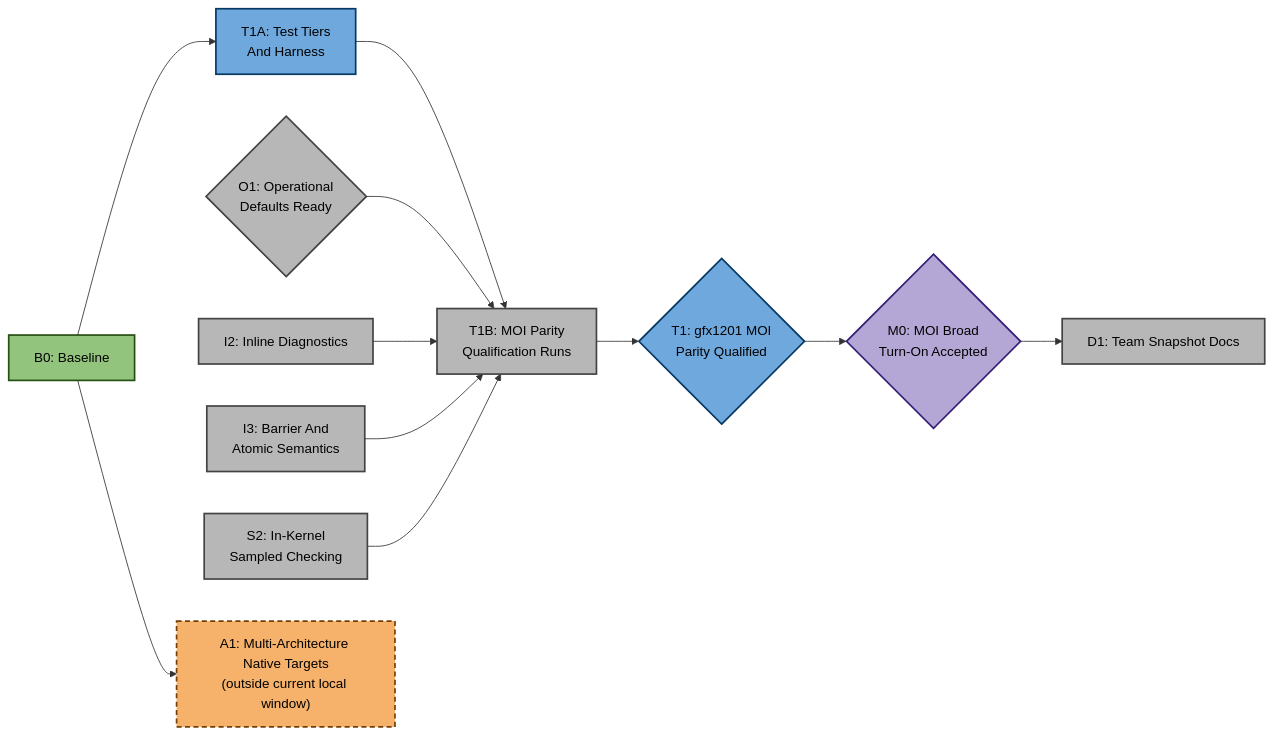
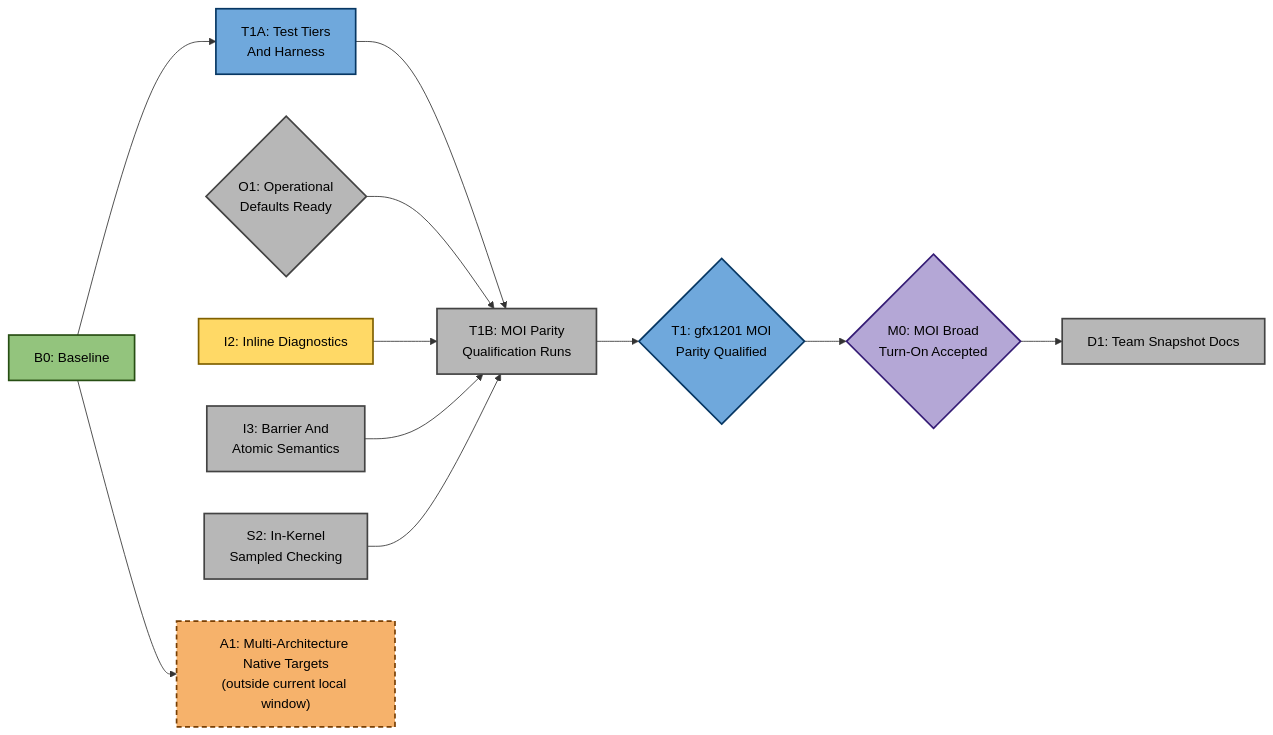
The third of 4 diagrams in emulation/rocjitsu/docs/consan/PLAN.md (ROCm/rocm-systems), drawn with Mermaid before and after one commit. The commit also changed other lines of this file and 10 other files, not shown here.

````diff
--- a/emulation/rocjitsu/docs/consan/PLAN.md
+++ b/emulation/rocjitsu/docs/consan/PLAN.md
@@ -179,32 +179,33 @@
 ```mermaid
 flowchart LR
   B0["B0: Baseline"]:::done
   O1{"O1: Operational<br/>Defaults Ready"}:::todo
-  I2["I2: Inline Diagnostics"]:::todo
+  I2["I2: Inline Diagnostics"]:::active
   I3["I3: Barrier And<br/>Atomic Semantics"]:::todo
   S2["S2: In-Kernel<br/>Sampled Checking"]:::todo
   T1A["T1A: Test Tiers<br/>And Harness"]:::partial
   T1B["T1B: MOI Parity<br/>Qualification Runs"]:::todo
   T1{"T1: gfx1201 MOI<br/>Parity Qualified"}:::partial
   M0{"M0: MOI Broad<br/>Turn-On Accepted"}:::target
   D1["D1: Team Snapshot Docs"]:::todo
   A1["A1: Multi-Architecture Native Targets<br/>(outside current local window)"]:::deferred
 
   B0 --> T1A
   T1A --> T1B
   O1 --> T1B
   I2 --> T1B
   I3 --> T1B
   S2 --> T1B
   T1B --> T1
   T1 --> M0
   M0 --> D1
 
   B0 --> A1
 
   classDef done fill:#93c47d,stroke:#274e13,stroke-width:2px,color:#000;
+  classDef active fill:#ffd966,stroke:#7f6000,stroke-width:2px,color:#000;
   classDef target fill:#b4a7d6,stroke:#351c75,stroke-width:2px,color:#000;
   classDef partial fill:#6fa8dc,stroke:#073763,stroke-width:2px,color:#000;
   classDef todo fill:#b7b7b7,stroke:#434343,stroke-width:2px,color:#000;
   classDef deferred fill:#f6b26b,stroke:#783f04,stroke-width:2px,color:#000,stroke-dasharray: 6 4;
 ```
````
